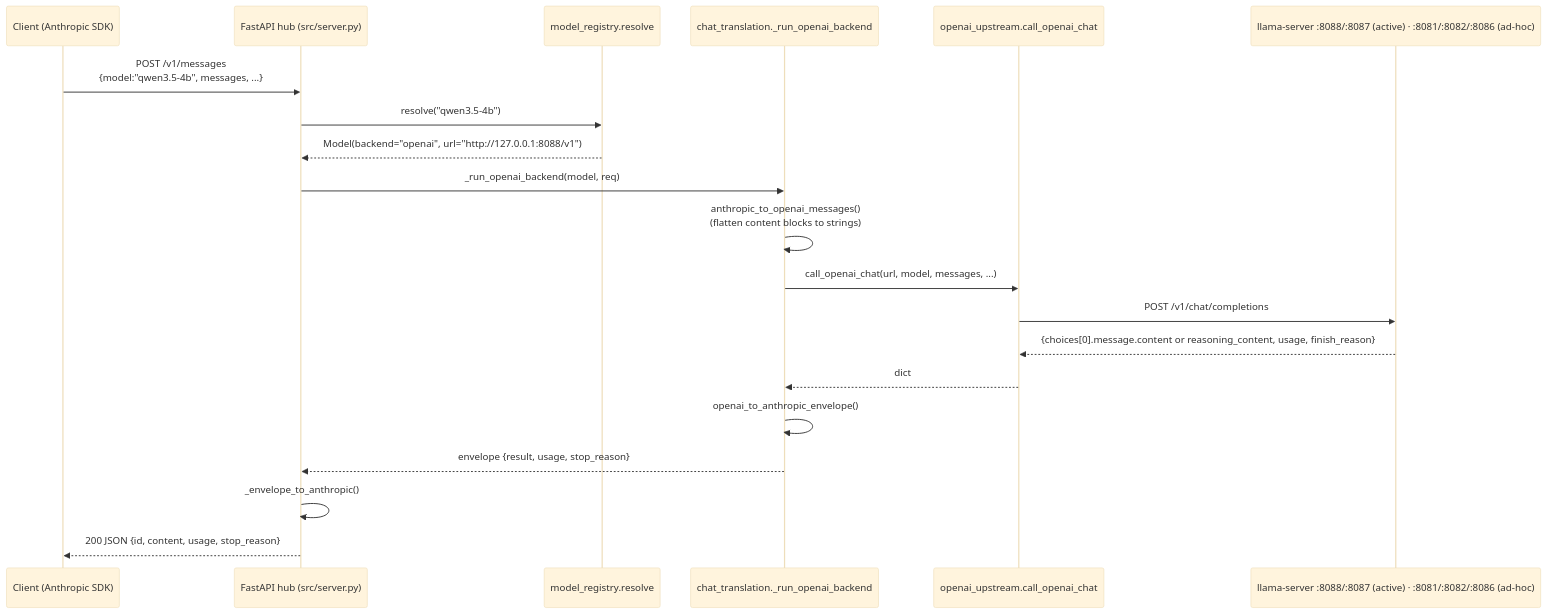
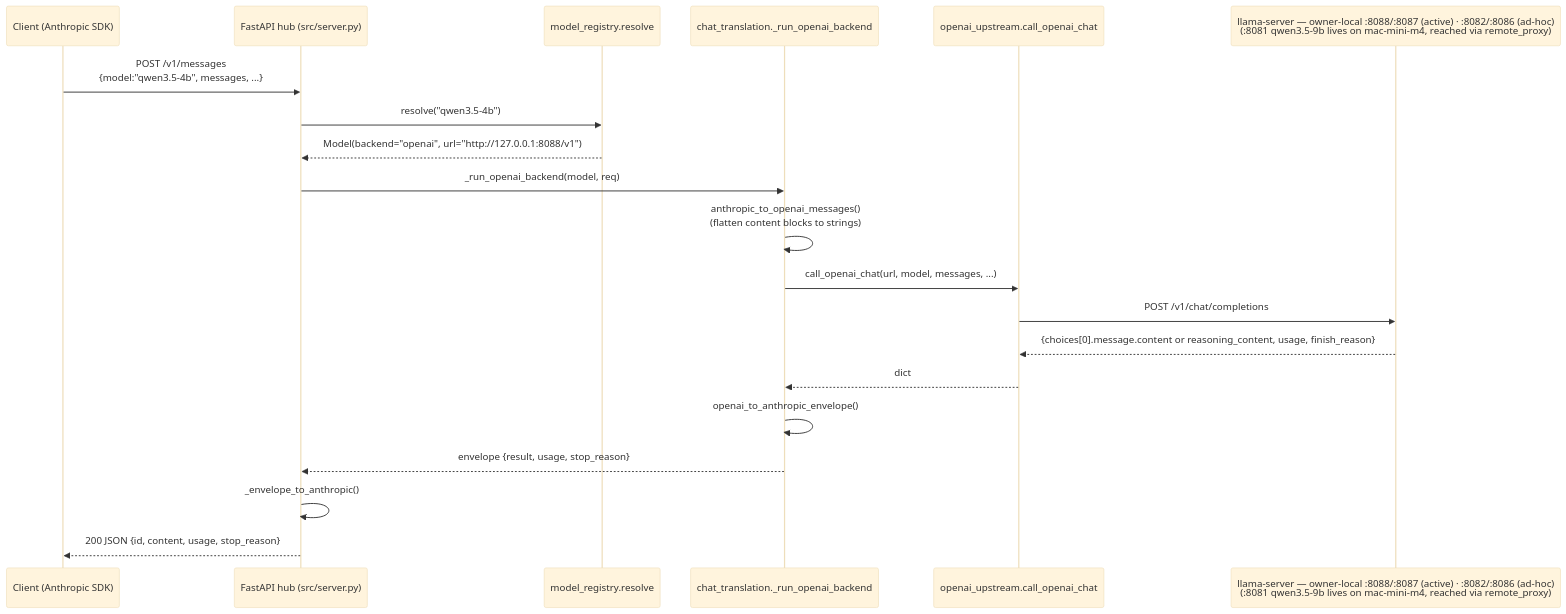
Before and after one commit to ferraroroberto/claude-local-calls: the third of 3 diagrams in docs/project-structure.md, drawn with Mermaid (base theme). The commit also changed other lines of this file and 5 other files, not shown here.

First line of the commit message:
docs: make architecture.mmd the single component map, fix stale topology

````diff
--- a/docs/project-structure.md
+++ b/docs/project-structure.md
@@ -211,23 +97,23 @@
 ```mermaid
 sequenceDiagram
     participant C as Client (Anthropic SDK)
     participant F as FastAPI hub (src/server.py)
     participant R as model_registry.resolve
     participant T as chat_translation._run_openai_backend
     participant U as openai_upstream.call_openai_chat
-    participant L as llama-server :8088/:8087 (active) · :8081/:8082/:8086 (ad-hoc)
+    participant L as llama-server — owner-local :8088/:8087 (active) · :8082/:8086 (ad-hoc)<br/>(:8081 qwen3.5-9b lives on mac-mini-m4, reached via remote_proxy)
 
     C->>F: POST /v1/messages<br/>{model:"qwen3.5-4b", messages, ...}
     F->>R: resolve("qwen3.5-4b")
     R-->>F: Model(backend="openai", url="http://127.0.0.1:8088/v1")
     F->>T: _run_openai_backend(model, req)
     T->>T: anthropic_to_openai_messages()<br/>(flatten content blocks to strings)
     T->>U: call_openai_chat(url, model, messages, ...)
     U->>L: POST /v1/chat/completions
     L-->>U: {choices[0].message.content or reasoning_content, usage, finish_reason}
     U-->>T: dict
     T->>T: openai_to_anthropic_envelope()
     T-->>F: envelope {result, usage, stop_reason}
     F->>F: _envelope_to_anthropic()
     F-->>C: 200 JSON {id, content, usage, stop_reason}
 ```
````
